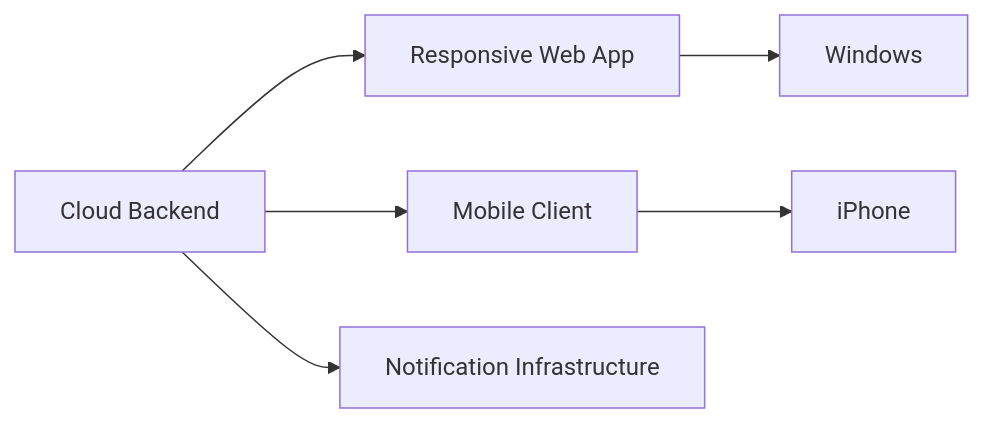
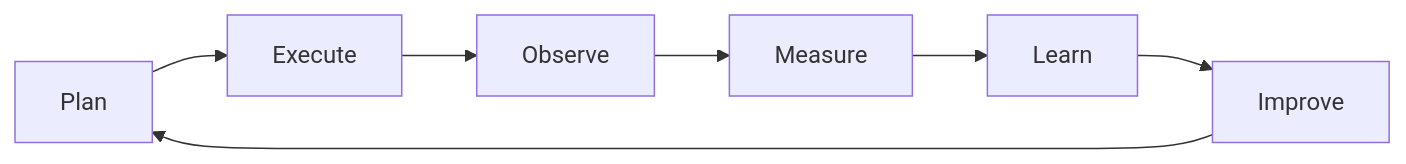
Before and after one commit to Alexsilvin/personal-productivity-system: diagram 13 of 19 in docs/roadmap.md, drawn with Mermaid. The commit also changed other lines of this file and 1 other file, not shown here.

````diff
--- a/docs/roadmap.md
+++ b/docs/roadmap.md
@@ -1432,14 +1069,11 @@
-```mermaid id="j4f4e8"
+```mermaid
 flowchart LR
+    A["Plan"]
+    B["Execute"]
+    C["Observe"]
+    D["Measure"]
+    E["Learn"]
+    F["Improve"]
 
-    BACKEND["Cloud Backend"]
-
-    BACKEND --> WEB["Responsive Web App"]
-
-    BACKEND --> MOBILE["Mobile Client"]
-
-    WEB --> WINDOWS["Windows"]
-    MOBILE --> IPHONE["iPhone"]
-
-    BACKEND --> NOTIFY["Notification Infrastructure"]
+    A --> B --> C --> D --> E --> F --> A
 ```
````
